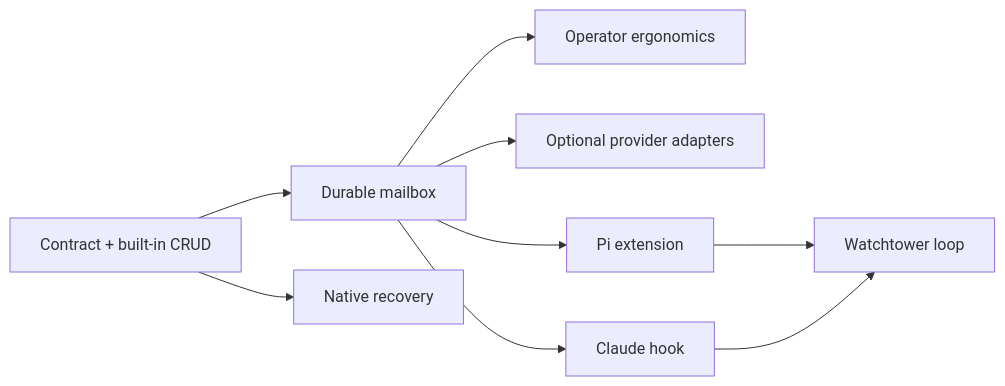
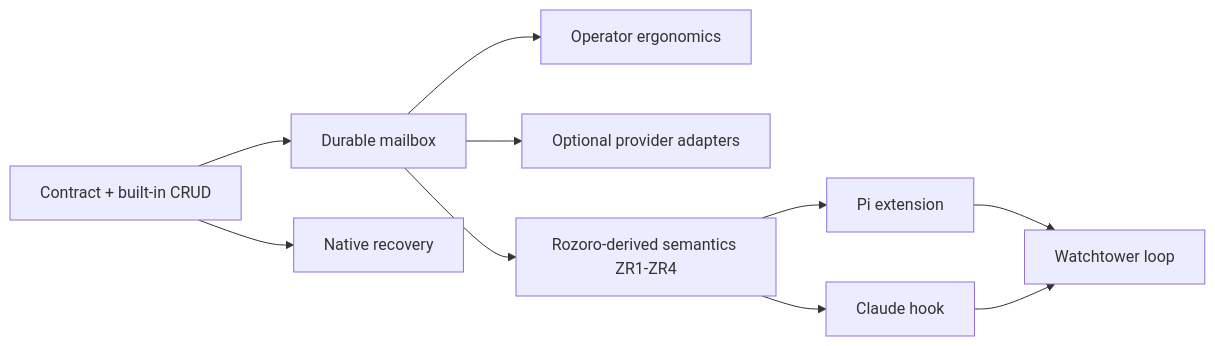
One commit to odjhey/zxro changed the diagram in docs/v0.x/execution/implementation-plan.md. Above: the diagram before and after it, drawn with Mermaid. The commit also changed other lines of this file and 5 other files, not shown here.

````diff
--- a/docs/v0.x/execution/implementation-plan.md
+++ b/docs/v0.x/execution/implementation-plan.md
@@ -76,11 +77,12 @@
 ```mermaid
 flowchart LR
     A[Contract + built-in CRUD] --> B[Durable mailbox]
     B --> C[Operator ergonomics]
     A --> D[Native recovery]
     B --> P[Optional provider adapters]
-    B --> E[Pi extension]
-    B --> F[Claude hook]
+    B --> R[Rozoro-derived semantics ZR1-ZR4]
+    R --> E[Pi extension]
+    R --> F[Claude hook]
     E --> G[Watchtower loop]
     F --> G
 ```
````
